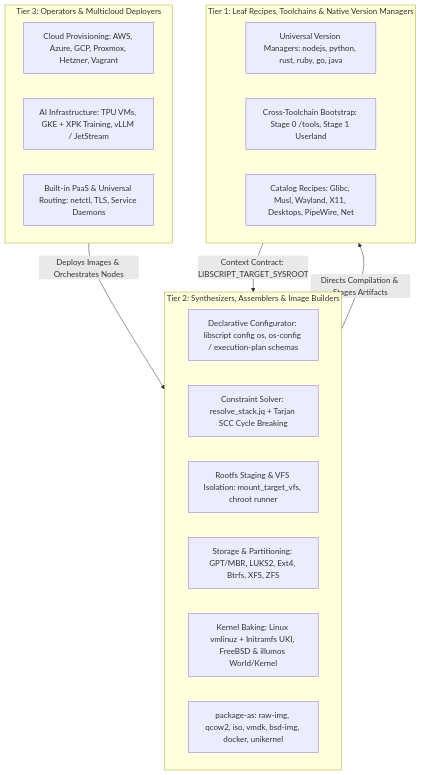
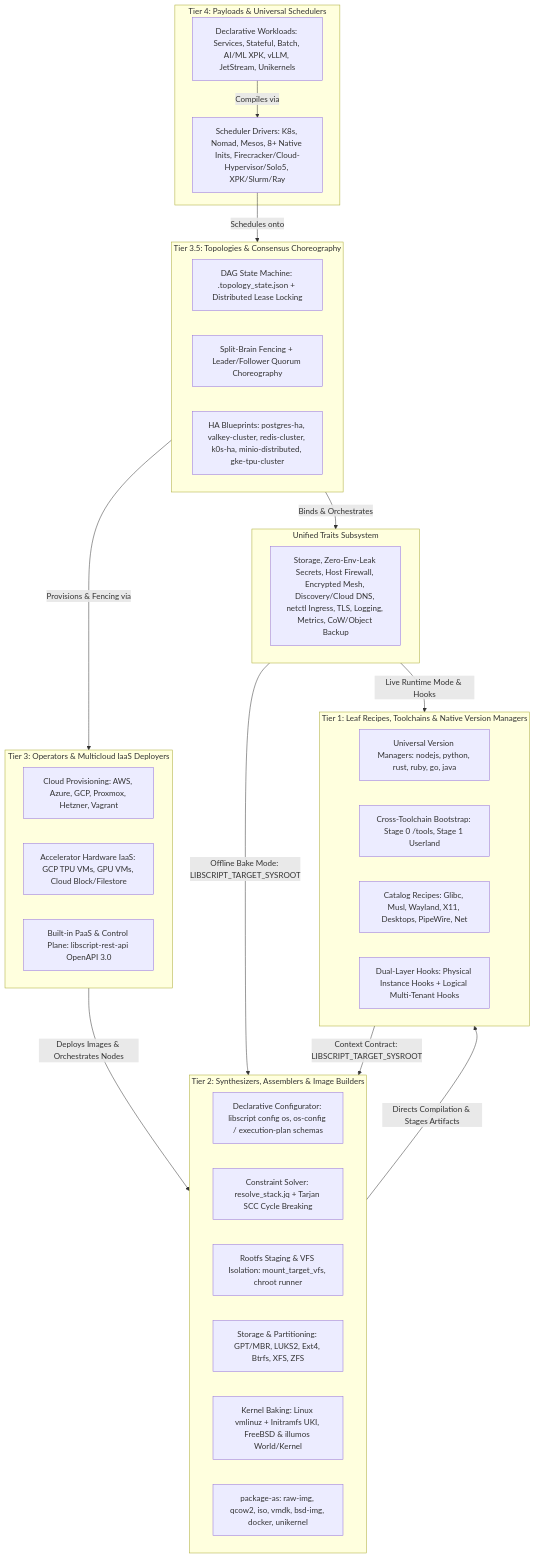
One commit to SamuelMarks/libscript changed the second of 8 diagrams in ARCHITECTURE.md. Above: the diagram before and after it, drawn with Mermaid. The commit also changed other lines of this file and 5067 other files, not shown here.

````diff
--- a/ARCHITECTURE.md
+++ b/ARCHITECTURE.md
@@ -48,27 +50,49 @@
 ```mermaid
 flowchart TD
-    subgraph Tier3[Tier 3: Operators & Multicloud Deployers]
+    subgraph Tier4[Tier 4: Payloads & Universal Schedulers]
+        Payloads[Declarative Workloads: Services, Stateful, Batch, AI/ML XPK, vLLM, JetStream, Unikernels]
+        Schedulers[Scheduler Drivers: K8s, Nomad, Mesos, 8+ Native Inits, Firecracker/Cloud-Hypervisor/Solo5, XPK/Slurm/Ray]
+    end
+
+    subgraph Tier35[Tier 3.5: Topologies & Consensus Choreography]
+        StateMachine[DAG State Machine: .topology_state.json + Distributed Lease Locking]
+        Fencing[Split-Brain Fencing + Leader/Follower Quorum Choreography]
+        Blueprints[HA Blueprints: postgres-ha, valkey-cluster, redis-cluster, k0s-ha, minio-distributed, gke-tpu-cluster]
+    end
+
+    subgraph Traits[Unified Traits Subsystem]
+        NodeTraits[Storage, Zero-Env-Leak Secrets, Host Firewall, Encrypted Mesh, Discovery/Cloud DNS, netctl Ingress, TLS, Logging, Metrics, CoW/Object Backup]
+    end
+
+    subgraph Tier3[Tier 3: Operators & Multicloud IaaS Deployers]
         CloudOps[Cloud Provisioning: AWS, Azure, GCP, Proxmox, Hetzner, Vagrant]
-        AIOps[AI Infrastructure: TPU VMs, GKE + XPK Training, vLLM / JetStream]
-        PaaSOps[Built-in PaaS & Universal Routing: netctl, TLS, Service Daemons]
+        AccelIaaS[Accelerator Hardware IaaS: GCP TPU VMs, GPU VMs, Cloud Block/Filestore]
+        PaaSOps[Built-in PaaS & Control Plane: libscript-rest-api OpenAPI 3.0]
     end
 
     subgraph Tier2[Tier 2: Synthesizers, Assemblers & Image Builders]
         ConfigEngine[Declarative Configurator: libscript config os, os-config / execution-plan schemas]
         Solver[Constraint Solver: resolve_stack.jq + Tarjan SCC Cycle Breaking]
         RootfsEngine[Rootfs Staging & VFS Isolation: mount_target_vfs, chroot runner]
         StorageEngine[Storage & Partitioning: GPT/MBR, LUKS2, Ext4, Btrfs, XFS, ZFS]
         KernelEngine[Kernel Baking: Linux vmlinuz + Initramfs UKI, FreeBSD & illumos World/Kernel]
         Packager[package-as: raw-img, qcow2, iso, vmdk, bsd-img, docker, unikernel]
     end
 
     subgraph Tier1[Tier 1: Leaf Recipes, Toolchains & Native Version Managers]
         VersionManagers[Universal Version Managers: nodejs, python, rust, ruby, go, java]
         ToolchainBootstrap[Cross-Toolchain Bootstrap: Stage 0 /tools, Stage 1 Userland]
         BaseCatalogs[Catalog Recipes: Glibc, Musl, Wayland, X11, Desktops, PipeWire, Net]
+        LifecycleHooks[Dual-Layer Hooks: Physical Instance Hooks + Logical Multi-Tenant Hooks]
     end
 
+    Payloads -->|Compiles via| Schedulers
+    Schedulers -->|Schedules onto| Tier35
+    Tier35 -->|Provisions & Fencing via| Tier3
+    Tier35 -->|Binds & Orchestrates| Traits
+    Traits -->|Offline Bake Mode: LIBSCRIPT_TARGET_SYSROOT| Tier2
+    Traits -->|Live Runtime Mode & Hooks| Tier1
     Tier3 -->|Deploys Images & Orchestrates Nodes| Tier2
     Tier2 -->|Directs Compilation & Stages Artifacts| Tier1
     Tier1 -->|Context Contract: LIBSCRIPT_TARGET_SYSROOT| Tier2
 ```
````
